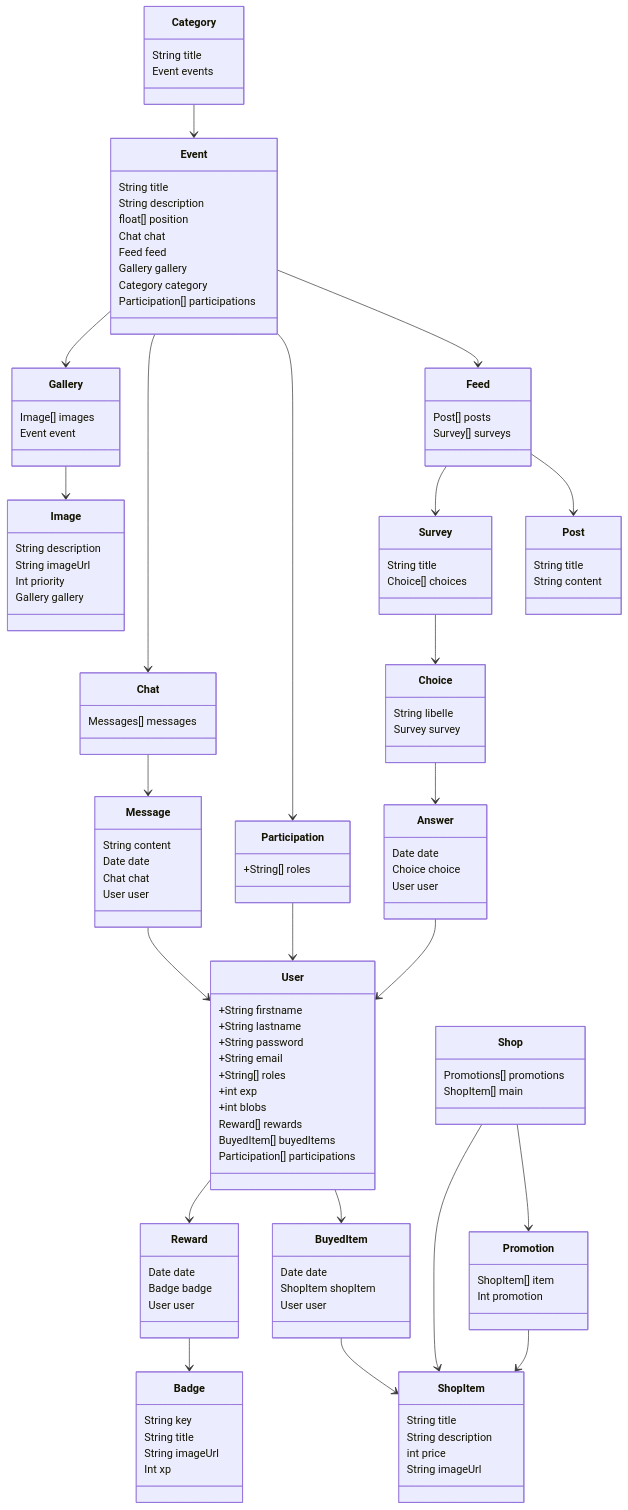
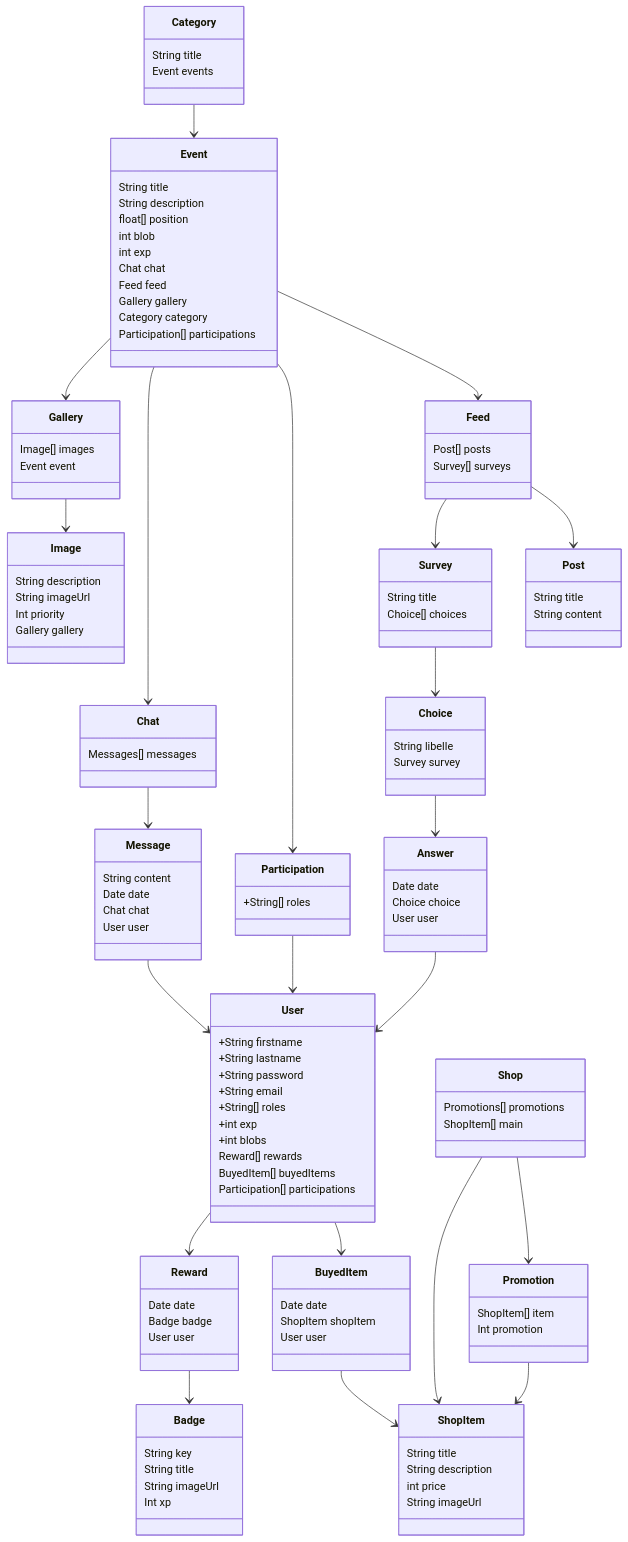
Before and after one commit to hangover-hetic/green_quest_backend: the diagram in UML.md, drawn with Mermaid. The commit also changed 2 other files, not shown here.

Commit message:
fix: re-configure db

```diff
--- a/UML.md
+++ b/UML.md
@@ -30,6 +30,8 @@
         String title
         String description
         float[] position
+        int blob 
+        int exp
         Chat chat
         Feed feed
         Gallery gallery
```
